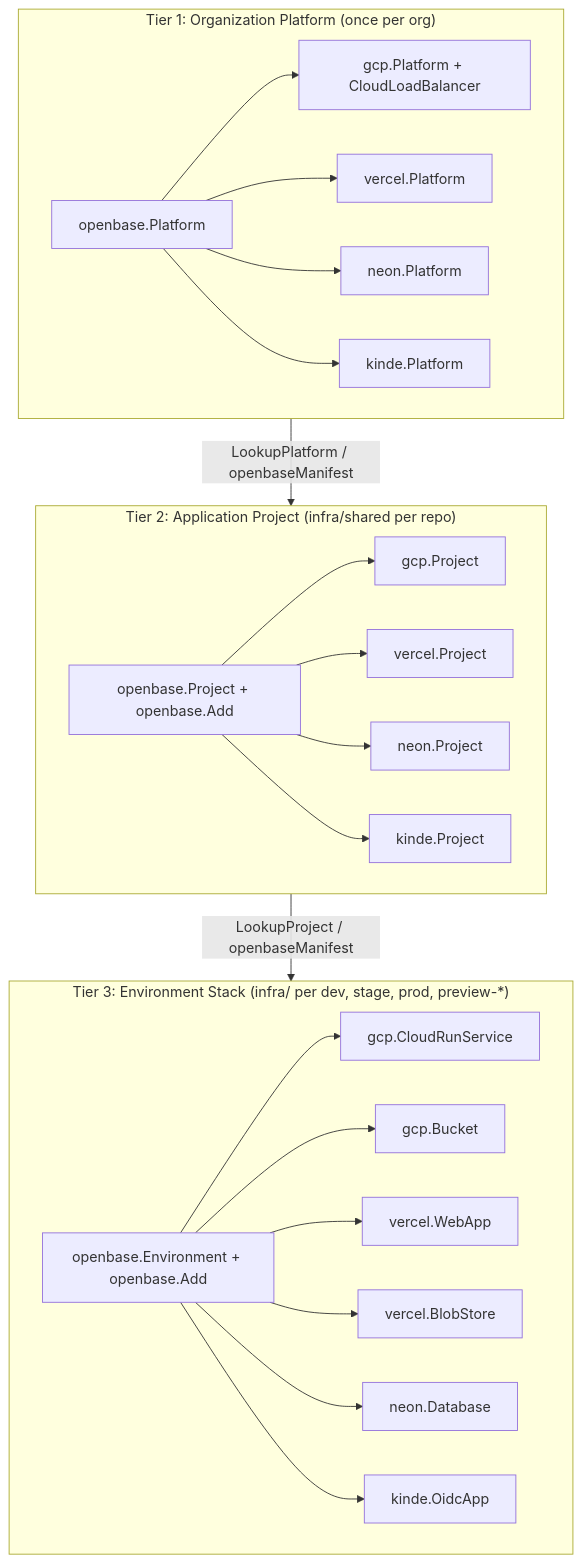
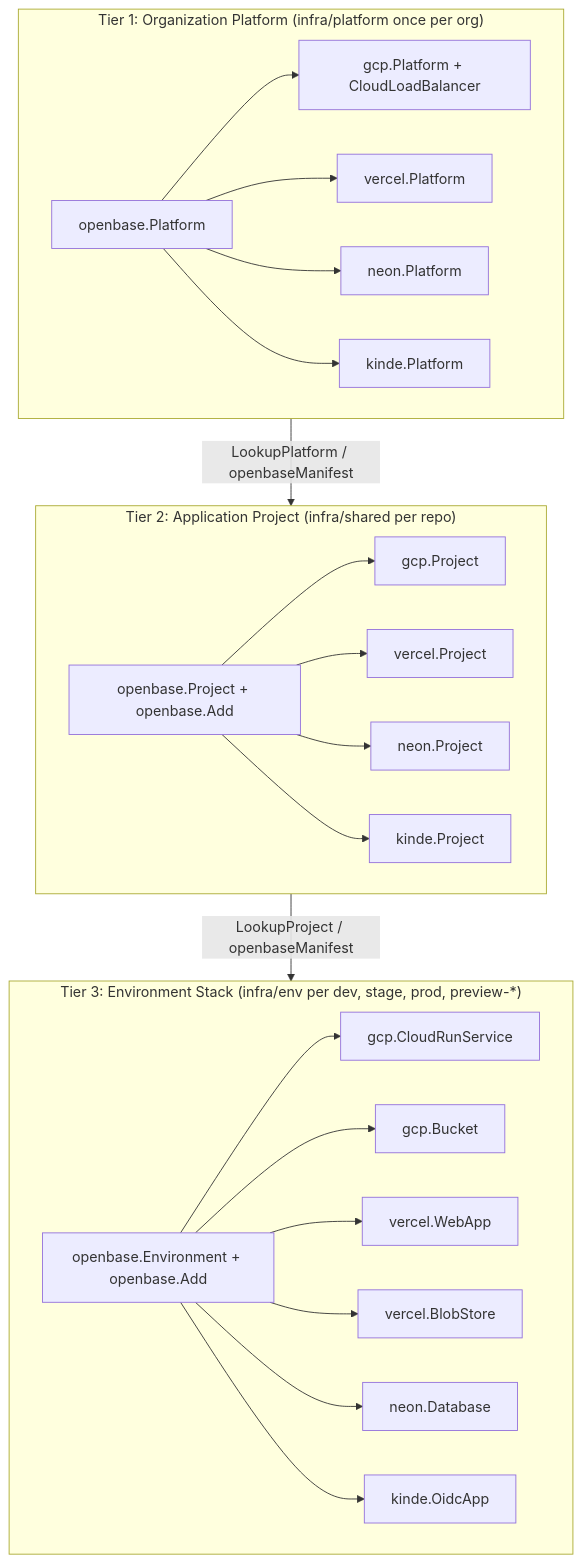
One commit to cloudvoyant/openbase changed the first of 2 diagrams in docs/architecture/index.md. Above: the diagram before and after it, drawn with Mermaid. The commit also changed other lines of this file and 36 other files, not shown here.

First line of the commit message:
refactor(e2e,docs): standardize infra/{platform,shared,env} layout

````diff
--- a/docs/architecture/index.md
+++ b/docs/architecture/index.md
@@ -27,28 +27,28 @@
 ```mermaid
 flowchart TD
-    subgraph Tier1["Tier 1: Organization Platform (once per org)"]
+    subgraph Tier1["Tier 1: Organization Platform (infra/platform once per org)"]
         OrgScope["openbase.Platform"] --> GCPPlat["gcp.Platform + CloudLoadBalancer"]
         OrgScope --> VerPlat["vercel.Platform"]
         OrgScope --> NeonPlat["neon.Platform"]
         OrgScope --> KindePlat["kinde.Platform"]
     end
 
     subgraph Tier2["Tier 2: Application Project (infra/shared per repo)"]
         ProjScope["openbase.Project + openbase.Add"] --> GCPProj["gcp.Project"]
         ProjScope --> VerProj["vercel.Project"]
         ProjScope --> NeonProj["neon.Project"]
         ProjScope --> KindeProj["kinde.Project"]
     end
 
-    subgraph Tier3["Tier 3: Environment Stack (infra/ per dev, stage, prod, preview-*)"]
+    subgraph Tier3["Tier 3: Environment Stack (infra/env per dev, stage, prod, preview-*)"]
         EnvScope["openbase.Environment + openbase.Add"] --> CR["gcp.CloudRunService"]
         EnvScope --> Bkt["gcp.Bucket"]
         EnvScope --> Web["vercel.WebApp"]
         EnvScope --> Blob["vercel.BlobStore"]
         EnvScope --> DB["neon.Database"]
         EnvScope --> OIDC["kinde.OidcApp"]
     end
 
     Tier1 -->|"LookupPlatform / openbaseManifest"| Tier2
     Tier2 -->|"LookupProject / openbaseManifest"| Tier3
 ```
````
